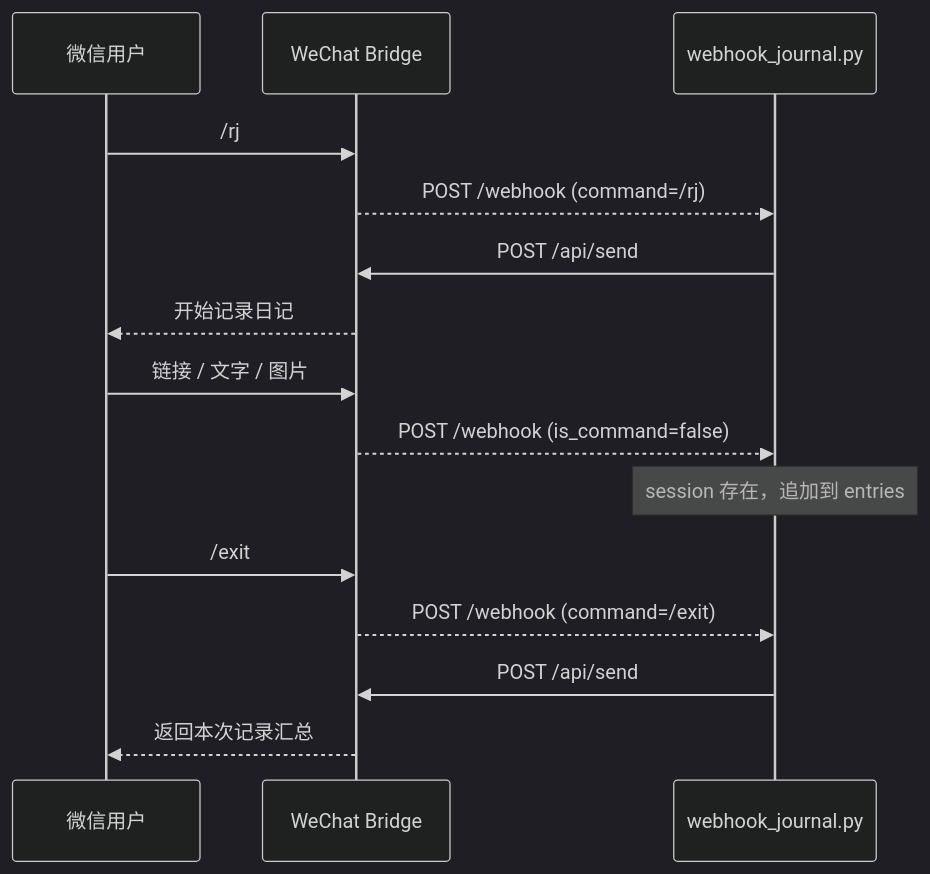
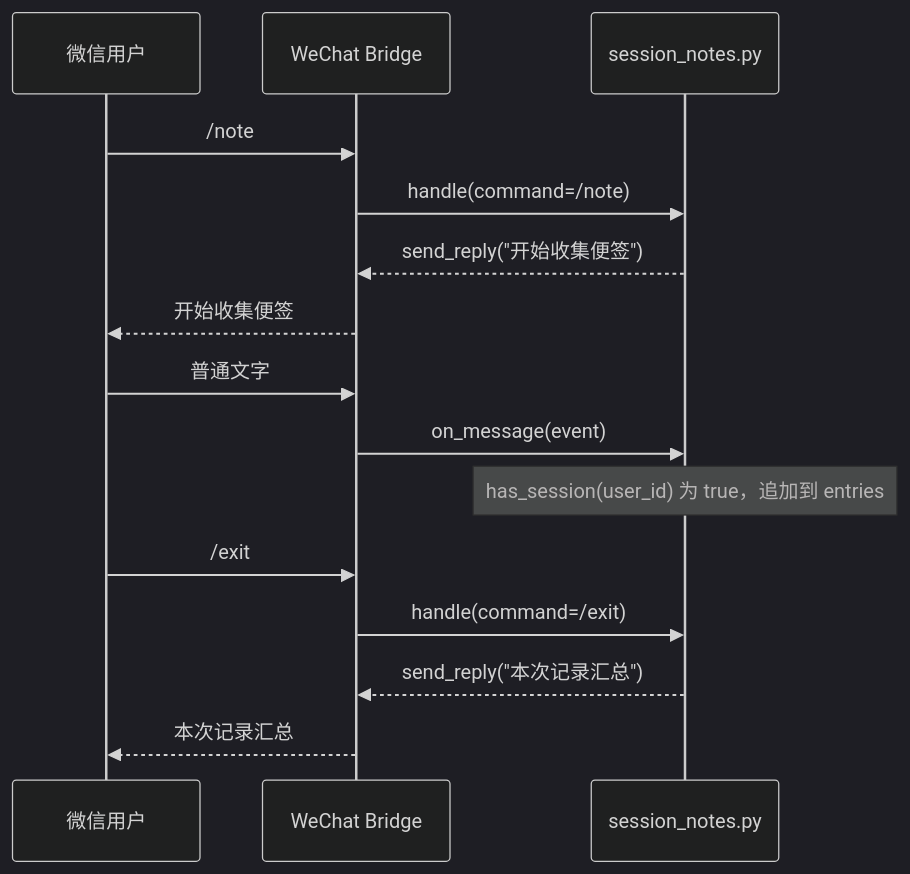
Before and after one commit to yuuouu/WeChat-Bridge: the diagram in docs/webhook-examples.md, drawn with Mermaid (dark theme). The commit also changed other lines of this file and 21 other files, not shown here.

````diff
--- a/docs/webhook-examples.md
+++ b/docs/webhook-examples.md
@@ -101,20 +35,20 @@
 ```mermaid
 sequenceDiagram
     participant User as 微信用户
     participant Bridge as WeChat Bridge
-    participant Journal as webhook_journal.py
+    participant Plugin as session_notes.py
 
-    User->>Bridge: /rj
-    Bridge-->>Journal: POST /webhook (command=/rj)
-    Journal->>Bridge: POST /api/send
-    Bridge-->>User: 开始记录日记
+    User->>Bridge: /note
+    Bridge->>Plugin: handle(command=/note)
+    Plugin-->>Bridge: send_reply("开始收集便签")
+    Bridge-->>User: 开始收集便签
 
-    User->>Bridge: 链接 / 文字 / 图片
-    Bridge-->>Journal: POST /webhook (is_command=false)
-    Note over Journal: session 存在，追加到 entries
+    User->>Bridge: 普通文字
+    Bridge->>Plugin: on_message(event)
+    Note over Plugin: has_session(user_id) 为 true，追加到 entries
 
     User->>Bridge: /exit
-    Bridge-->>Journal: POST /webhook (command=/exit)
-    Journal->>Bridge: POST /api/send
-    Bridge-->>User: 返回本次记录汇总
+    Bridge->>Plugin: handle(command=/exit)
+    Plugin-->>Bridge: send_reply("本次记录汇总")
+    Bridge-->>User: 本次记录汇总
 ```
````
